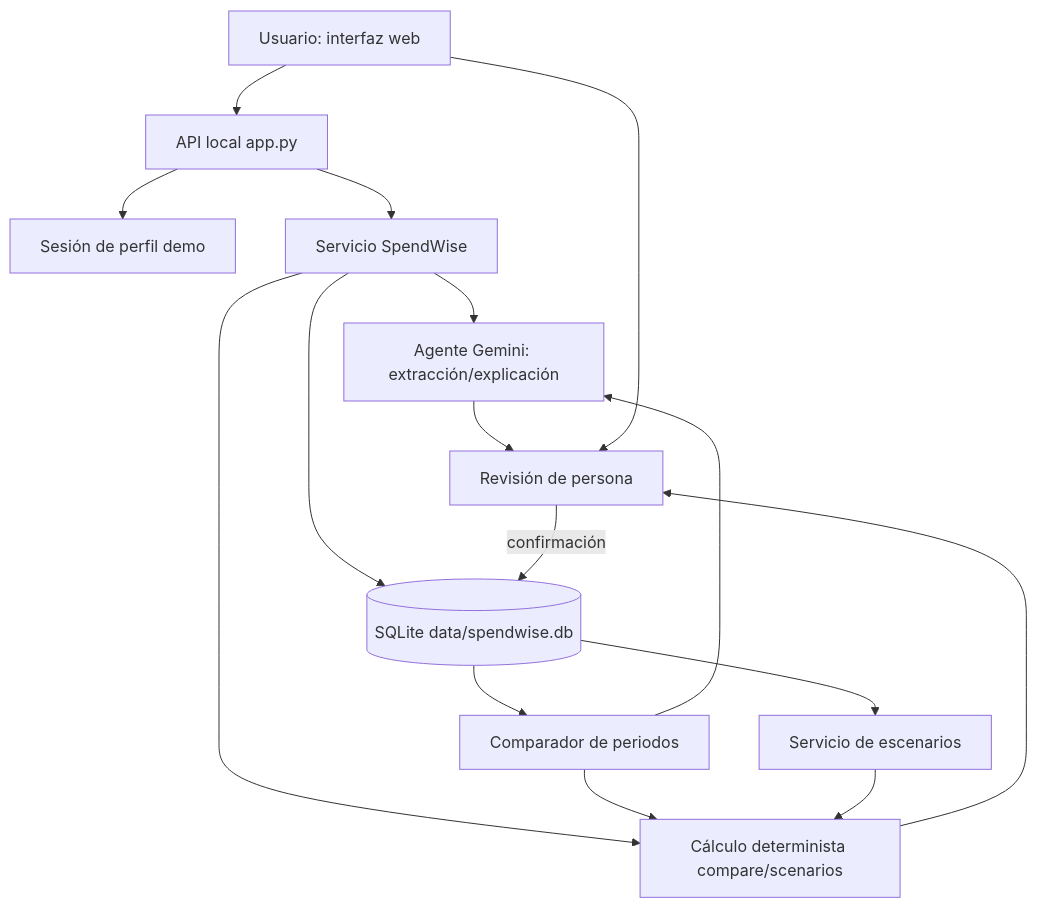
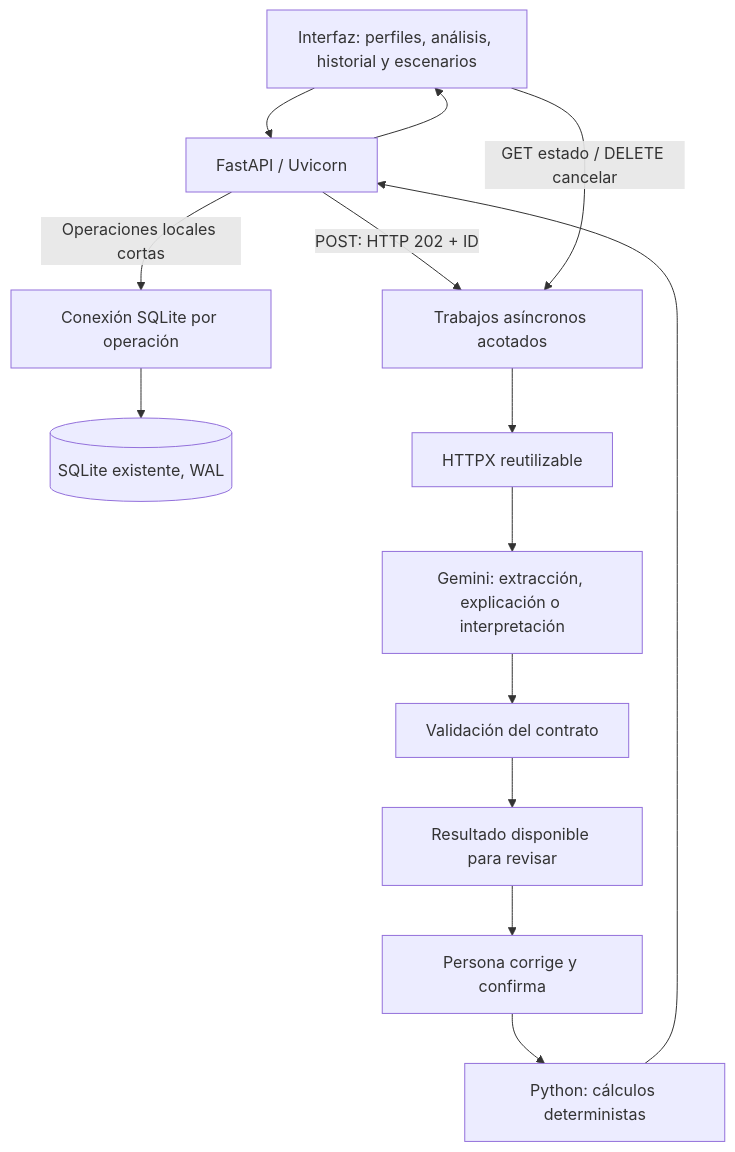
One commit to sebasgiraldo69/SpendWiseAI changed the diagram in docs/arquitectura.md. Above: the diagram before and after it, drawn with Mermaid. The commit also changed other lines of this file and 28 other files, not shown here.

````diff
--- a/docs/arquitectura.md
+++ b/docs/arquitectura.md
@@ -11,18 +5,16 @@
 ```mermaid
 flowchart TD
-    U[Usuario: interfaz web] --> API[API local app.py]
-    API --> AUTH[Sesión de perfil demo]
-    API --> SERVICE[Servicio SpendWise]
-    SERVICE --> AGENT[Agente Gemini: extracción/explicación]
-    SERVICE --> CORE[Cálculo determinista compare/scenarios]
-    SERVICE --> DB[(SQLite data/spendwise.db)]
-    AGENT --> REVIEW[Revisión de persona]
-    CORE --> REVIEW
-    REVIEW -->|confirmación| DB
-    DB --> COMP[Comparador de periodos]
-    COMP --> CORE
-    COMP --> AGENT
-    DB --> SCEN[Servicio de escenarios]
-    SCEN --> CORE
-    U --> REVIEW
+    Browser[Interfaz: perfiles, análisis, historial y escenarios] --> API[FastAPI / Uvicorn]
+    API -->|Operaciones locales cortas| Repo[Conexión SQLite por operación]
+    Repo --> DB[(SQLite existente, WAL)]
+    API -->|POST: HTTP 202 + ID| Jobs[Trabajos asíncronos acotados]
+    Browser -->|GET estado / DELETE cancelar| Jobs
+    Jobs --> Client[HTTPX reutilizable]
+    Client --> Gemini[Gemini: extracción, explicación o interpretación]
+    Gemini --> Contracts[Validación del contrato]
+    Contracts --> Review[Resultado disponible para revisar]
+    Review --> Human[Persona corrige y confirma]
+    Human --> Core[Python: cálculos deterministas]
+    Core --> API
+    API --> Browser
 ```
````
